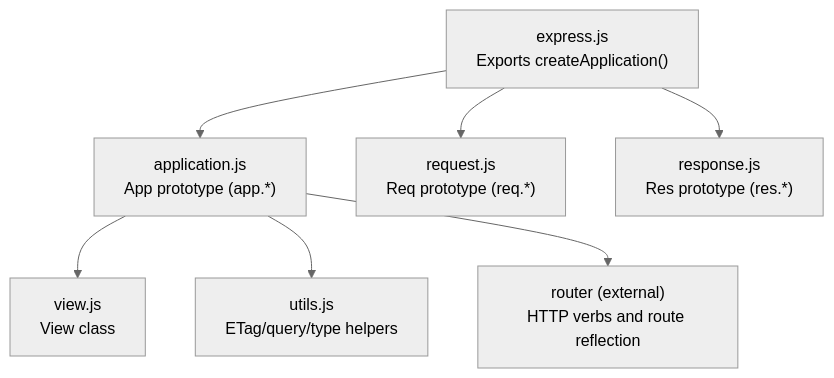
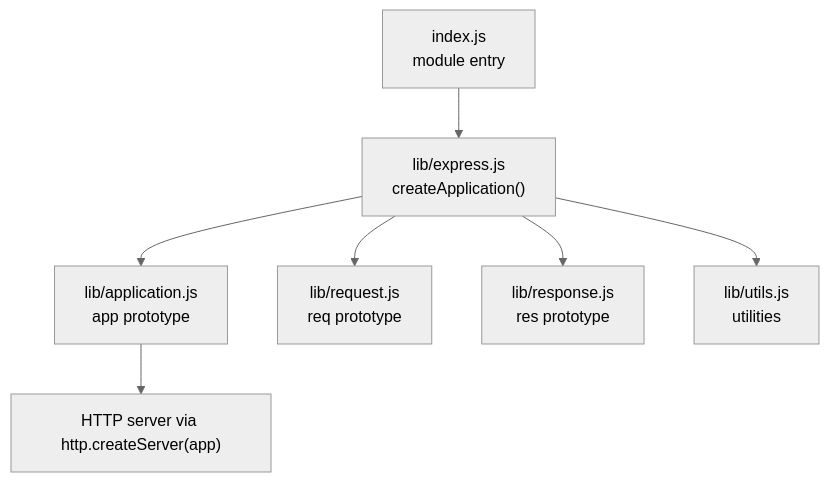
Before and after one commit to mandalpiyush/express: the first of 3 diagrams in .qoder/repowiki/en/content/API Reference/API Reference.md, drawn with Mermaid (neutral theme). The commit also changed other lines of this file and 137 other files, not shown here.

````diff
--- a/.qoder/repowiki/en/content/API Reference/API Reference.md
+++ b/.qoder/repowiki/en/content/API Reference/API Reference.md
@@ -46,9 +49,9 @@
 ```mermaid
 graph TB
-A["express.js<br/>Exports createApplication()"] --> B["application.js<br/>App prototype (app.*)"]
-A --> C["request.js<br/>Req prototype (req.*)"]
-A --> D["response.js<br/>Res prototype (res.*)"]
-B --> E["view.js<br/>View class"]
-B --> F["utils.js<br/>ETag/query/type helpers"]
-B --> G["router (external)<br/>HTTP verbs and route reflection"]
+A["index.js<br/>module entry"] --> B["lib/express.js<br/>createApplication()"]
+B --> C["lib/application.js<br/>app prototype"]
+B --> D["lib/request.js<br/>req prototype"]
+B --> E["lib/response.js<br/>res prototype"]
+B --> F["lib/utils.js<br/>utilities"]
+C --> G["HTTP server via http.createServer(app)"]
 ```
````
